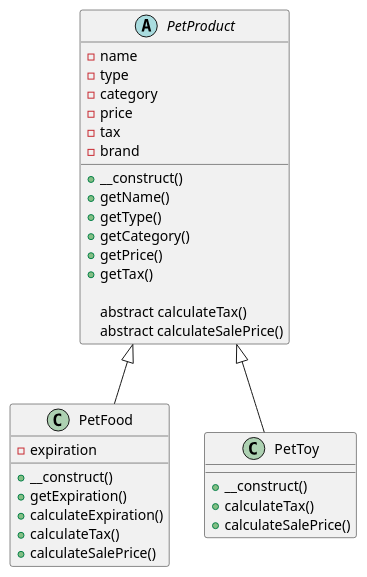
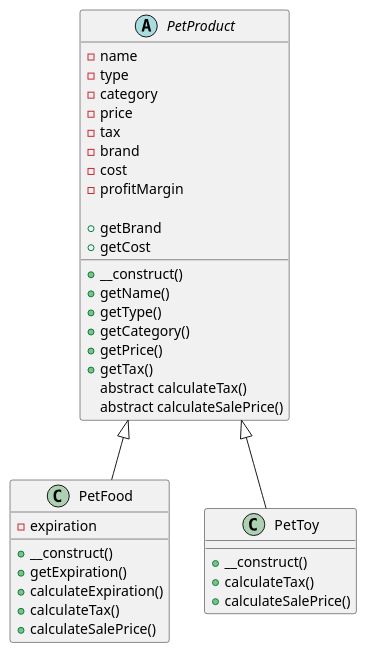
The diagram in project-1/tables.puml (aysegulaksu/block3-adv-web), drawn with PlantUML before and after one commit. The commit also changed 1 other file, not shown here.

```diff
--- a/project-1/tables.puml
+++ b/project-1/tables.puml
@@ -1,39 +1,42 @@
 @startuml
 
 abstract class PetProduct {
   - name
   - type
   - category
   - price
   - tax
   -brand
+  -cost
+  -profitMargin
 
   + __construct()
   + getName()
   + getType()
   + getCategory()
   + getPrice()
   + getTax()
-  
+  +getBrand
+  +getCost
   abstract calculateTax()
   abstract calculateSalePrice()
 }
 
 class PetFood extends PetProduct {
   - expiration
 
   + __construct()
   + getExpiration()
   + calculateExpiration()
   + calculateTax()
   + calculateSalePrice()
 }
 
 class PetToy extends PetProduct {
 
   + __construct()
   + calculateTax()
   + calculateSalePrice()
 }
 
 @enduml
```
